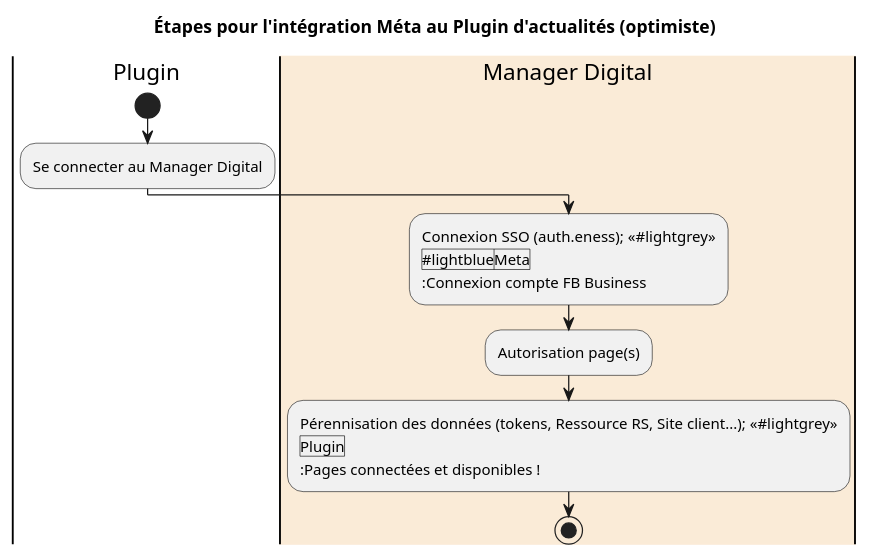
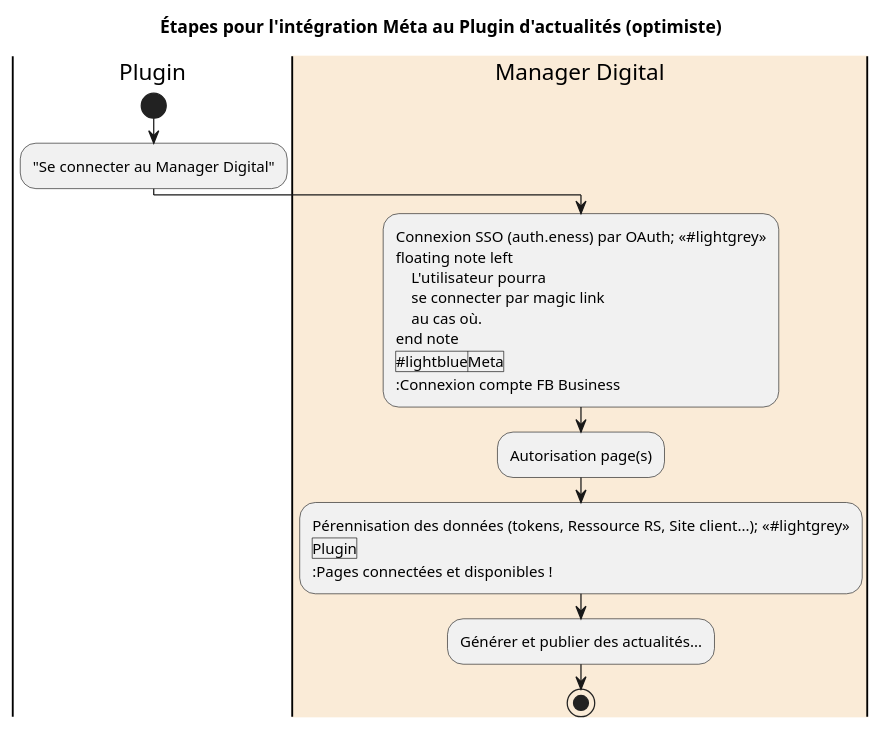
The diagram in docs/uml/integrations-rs.plantuml (societe-e-ness/manager-digital), drawn with PlantUML before and after one commit. The commit also changed 4 other files, not shown here.

```diff
--- a/docs/uml/integrations-rs.plantuml
+++ b/docs/uml/integrations-rs.plantuml
@@ -1,18 +1,24 @@
 @startuml 
 title Étapes pour l'intégration Méta au Plugin d'actualités (optimiste)
 
 |Plugin|
 start
-:Se connecter au Manager Digital;
+:"Se connecter au Manager Digital";
 |#AntiqueWhite|Manager Digital|
-:Connexion SSO (auth.eness); <<#lightgrey>>
+:Connexion SSO (auth.eness) par OAuth; <<#lightgrey>>
+floating note left
+    L'utilisateur pourra
+    se connecter par magic link 
+    au cas où.
+end note
 |#lightblue|Meta|
 :Connexion compte FB Business;
 :Autorisation page(s);
 |Manager Digital|
 :Pérennisation des données (tokens, Ressource RS, Site client...); <<#lightgrey>>
 |Plugin|
 :Pages connectées et disponibles !;
+:Générer et publier des actualités...;
 stop
 
 @enduml
```
